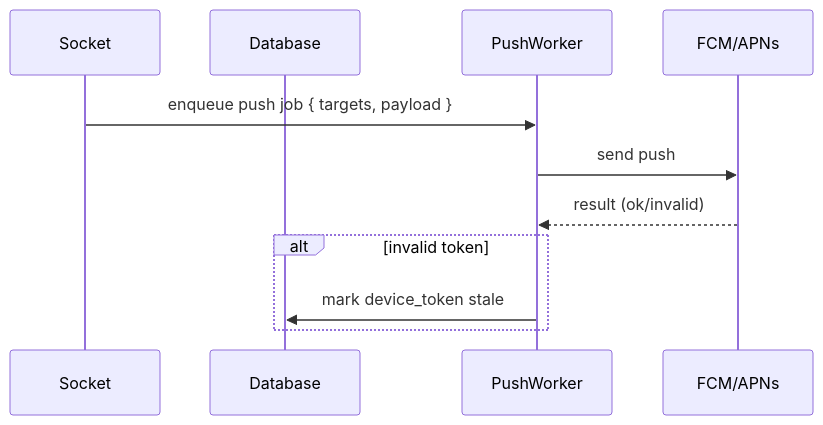
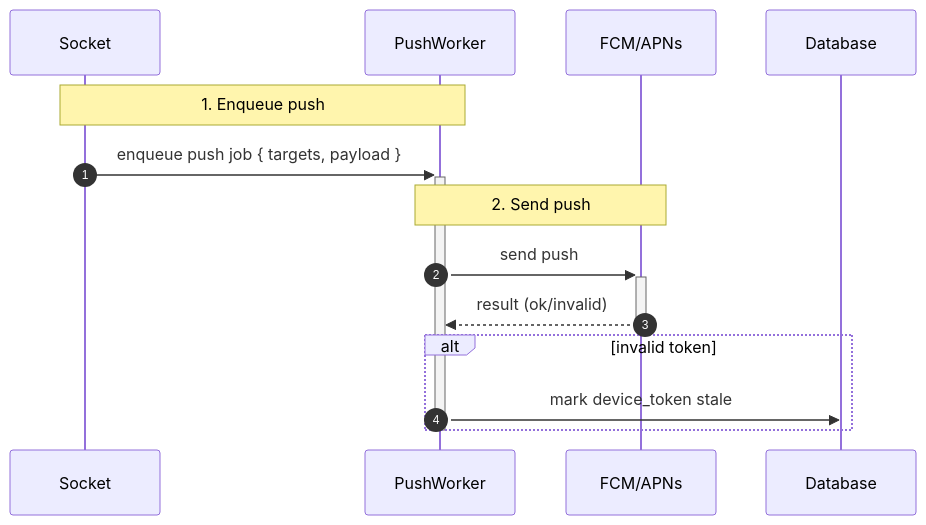
The fourth of 4 diagrams in docs/messaging.md (dinhhoang235/Chat-App), drawn with Mermaid before and after one commit. The commit also changed other lines of this file and 12 other files, not shown here.

Commit message:
docs: enhance sequence diagrams with detailed notes for various features

````diff
--- a/docs/messaging.md
+++ b/docs/messaging.md
@@ -81,14 +121,20 @@
 ```mermaid
 sequenceDiagram
+  autonumber
   participant WS as Socket
-  participant DB as Database
   participant P as PushWorker
   participant F as FCM/APNs
+  participant DB as Database
 
-  WS->>P: enqueue push job { targets, payload }
-  P->>F: send push
-  F-->>P: result (ok/invalid)
+  Note over WS,P: 1. Enqueue push
+  WS->>+P: enqueue push job { targets, payload }
+
+  Note over P,F: 2. Send push
+  P->>+F: send push
+  F-->>-P: result (ok/invalid)
+
   alt invalid token
     P->>DB: mark device_token stale
   end
+  deactivate P
 ```
````
